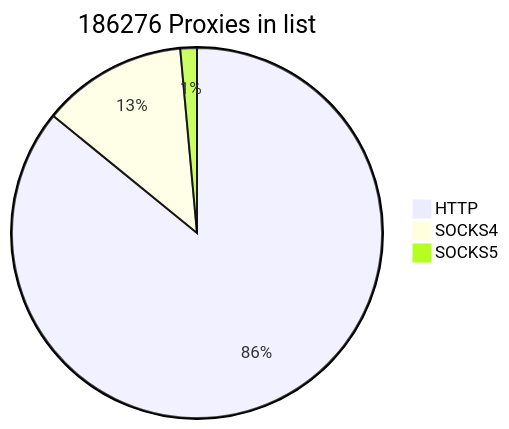
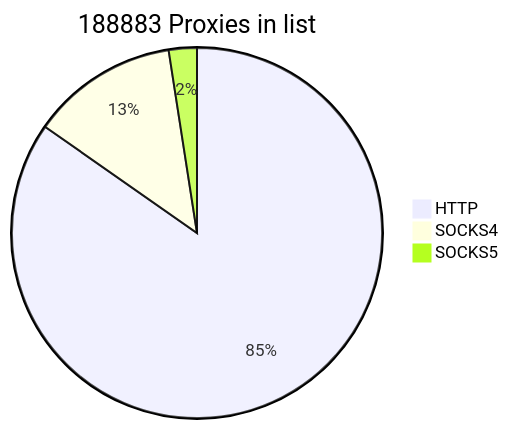
Before and after one commit to cutipu/proxylist: the first of 2 diagrams in README.md, drawn with Mermaid. The commit also changed other lines of this file, not shown here.

````diff
--- a/README.md
+++ b/README.md
@@ -2,7 +2,7 @@
 ```mermaid
-pie title 186276 Proxies in list
-    "HTTP" : 159984
-    "SOCKS4" : 23597
-    "SOCKS5" : 2695
+pie title 188883 Proxies in list
+    "HTTP" : 160007
+    "SOCKS4" : 24241
+    "SOCKS5" : 4635
             
 ```
````
